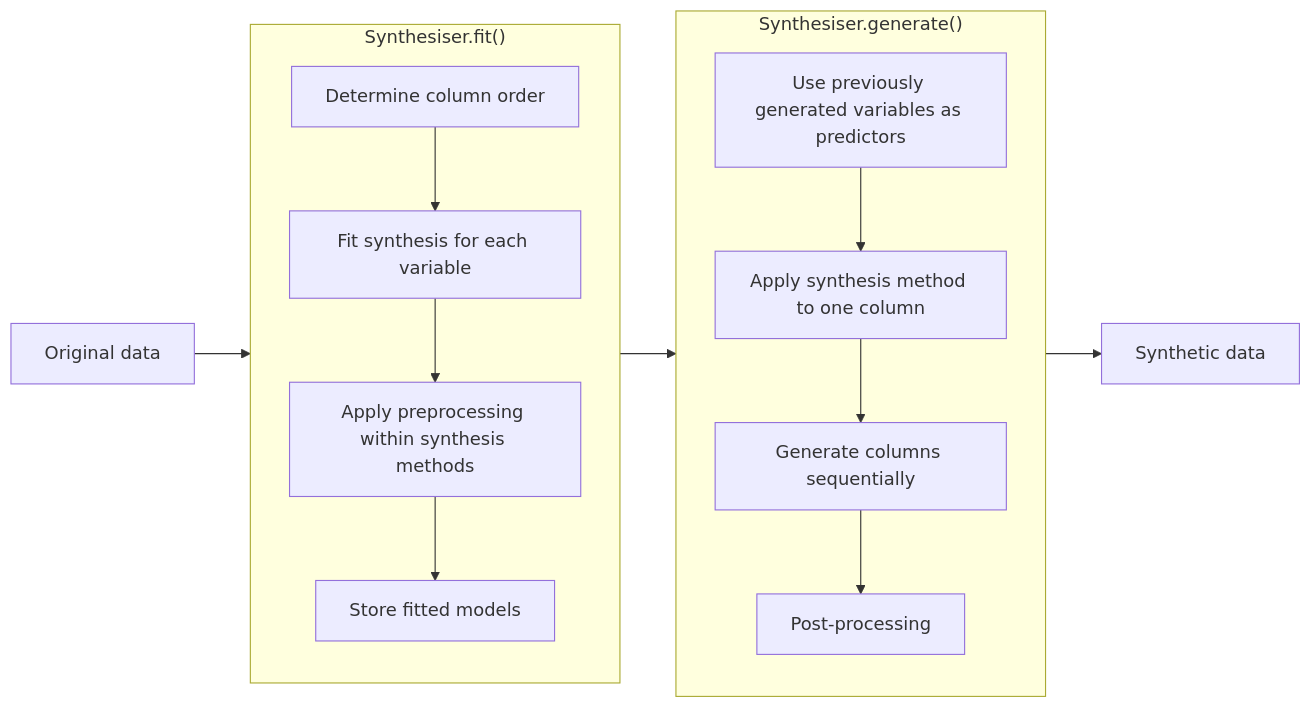
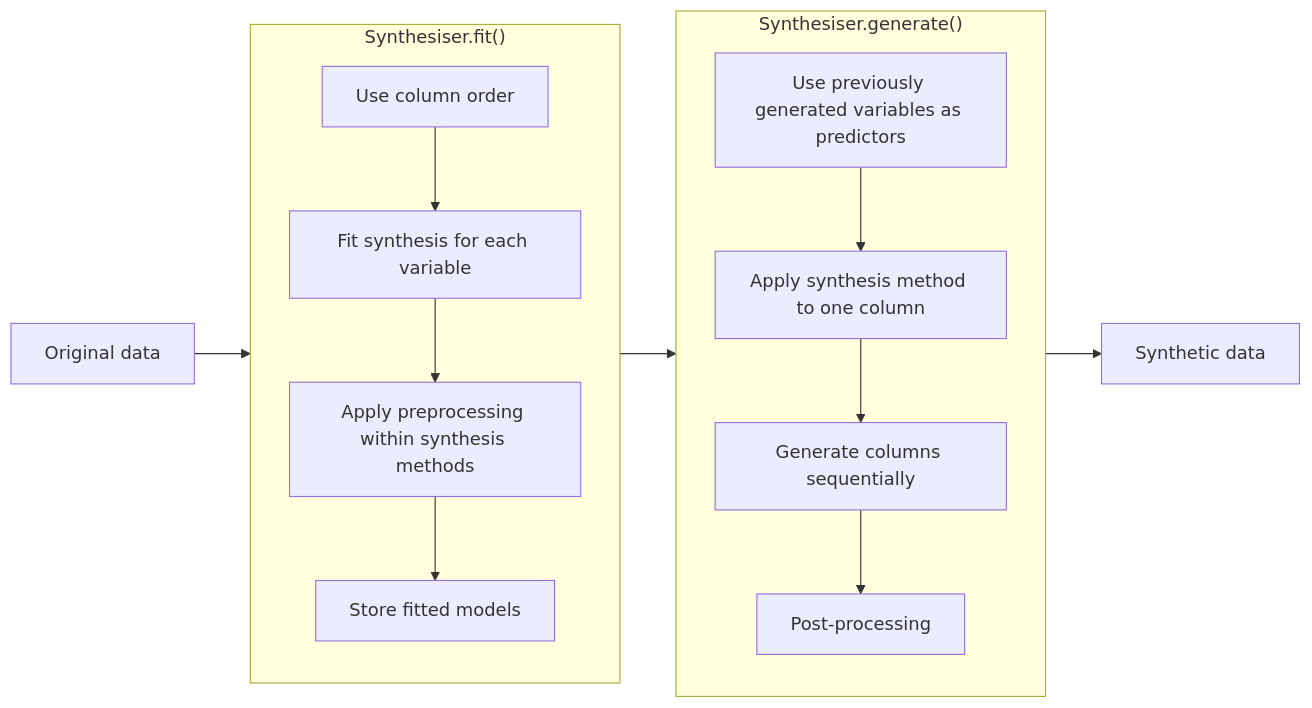
The diagram in docs/source/user_guides/2_synthetic_data_generation.md (duonl/synthpop-py), drawn with Mermaid before and after one commit. The commit also changed other lines of this file and 2 other files, not shown here.

````diff
--- a/docs/source/user_guides/2_synthetic_data_generation.md
+++ b/docs/source/user_guides/2_synthetic_data_generation.md
@@ -12,29 +12,29 @@
 ```{mermaid}
 flowchart LR
 
     A[Original data]
 
     subgraph FIT["Synthesiser.fit()"]
         direction TB
-        B[Determine column order]
+        B[Use column order]
         C[Fit synthesis for each variable]
         D[Apply preprocessing within synthesis methods]
         E[Store fitted models]
         B --> C --> D --> E
     end
 
     subgraph GEN["Synthesiser.generate()"]
         direction TB
         F[Use previously generated variables as predictors]
         G[Apply synthesis method to one column]
         H[Generate columns sequentially]
         I[Post-processing]
         F --> G --> H --> I
     end
 
     J[Synthetic data]
 
     A --> FIT
     FIT --> GEN
     GEN --> J
 ```
````
